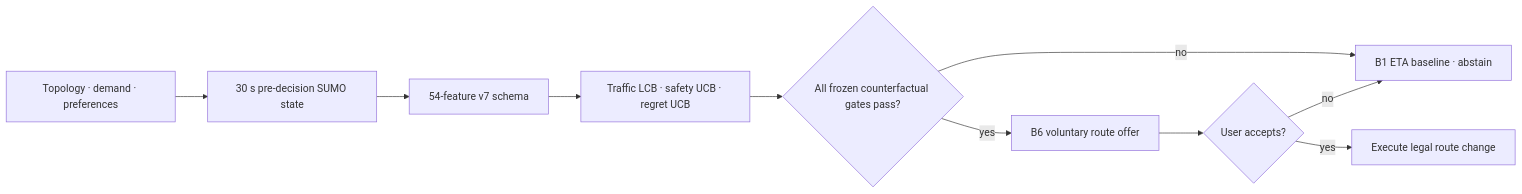
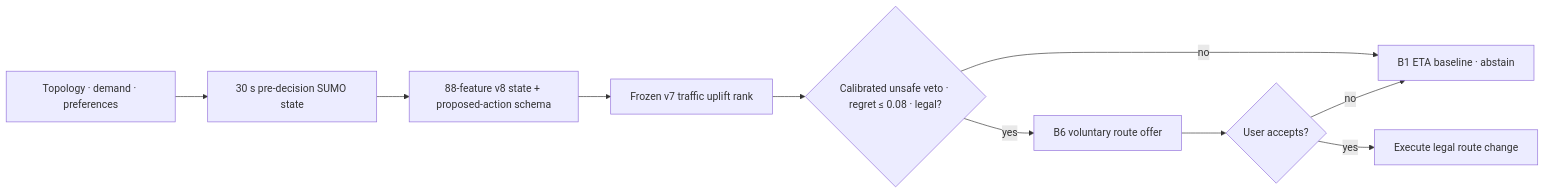
Before and after one commit to Jaemin-K-An/Concordia: the diagram in README.md, drawn with Mermaid. The commit also changed other lines of this file and 78 other files, not shown here.

Commit message:
research: complete CONCORDIA v8 safety-filtered uplift study

````diff
--- a/README.md
+++ b/README.md
@@ -101,12 +112,12 @@
 ```mermaid
 flowchart LR
     A["Topology · demand · preferences"] --> B["30 s pre-decision SUMO state"]
-    B --> C["54-feature v7 schema"]
-    C --> D["Traffic LCB · safety UCB · regret UCB"]
-    D --> E{"All frozen counterfactual gates pass?"}
+    B --> C["88-feature v8 state + proposed-action schema"]
+    C --> D["Frozen v7 traffic uplift rank"]
+    D --> E{"Calibrated unsafe veto · regret ≤ 0.08 · legal?"}
     E -->|"no"| F["B1 ETA baseline · abstain"]
     E -->|"yes"| G["B6 voluntary route offer"]
     G --> H{"User accepts?"}
     H -->|"yes"| I["Execute legal route change"]
     H -->|"no"| F
 ```
````
